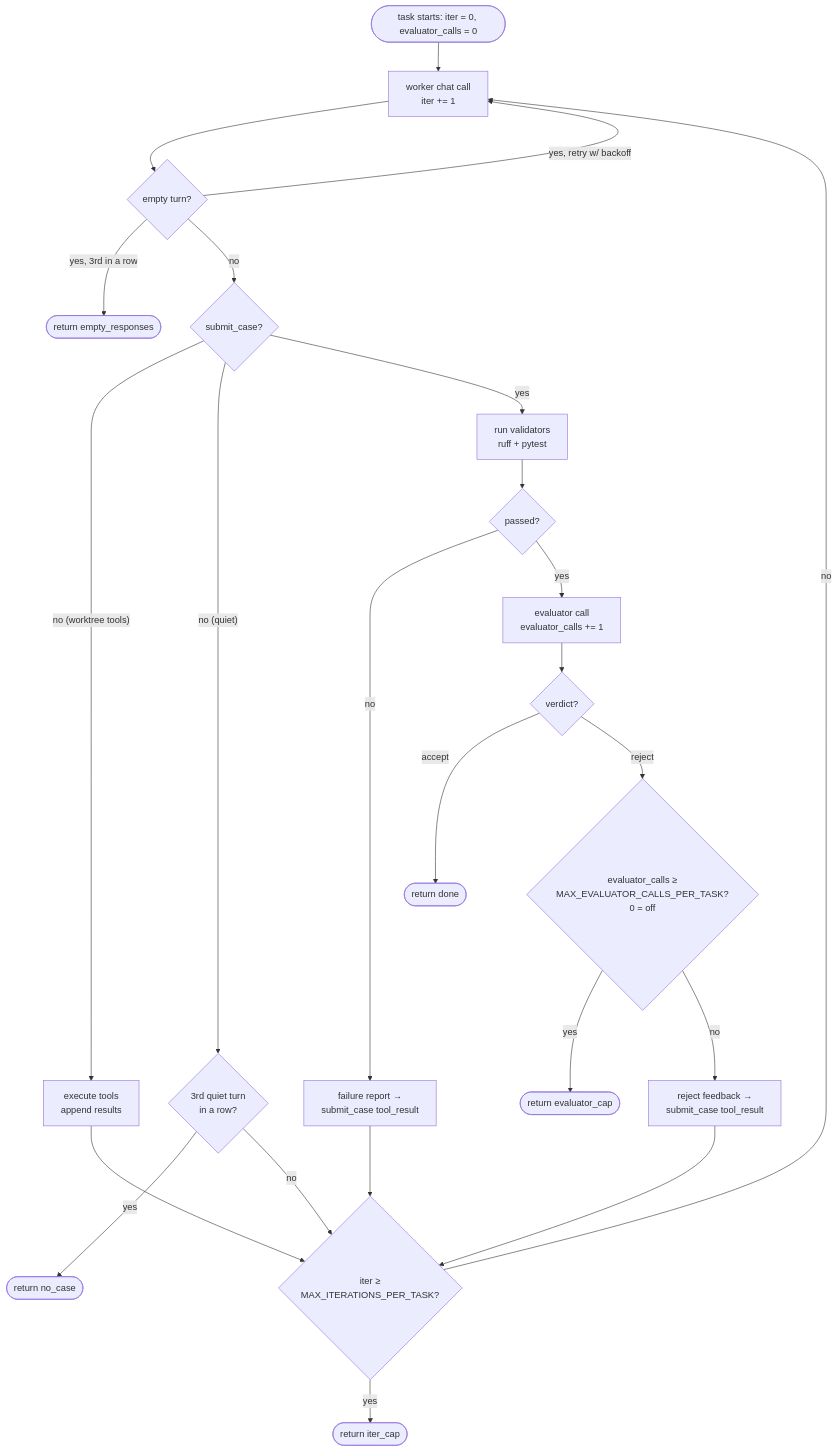
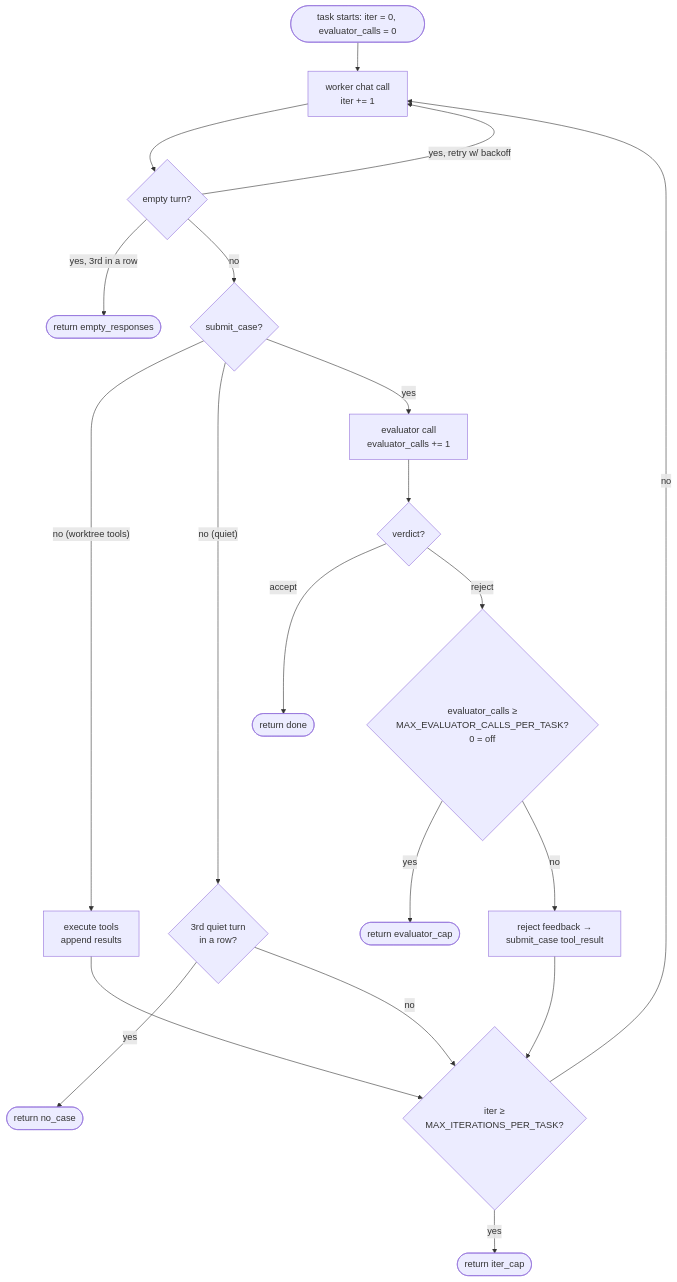
Before and after one commit to AlteredCraft/tilth: the diagram in docs/deep-dives/two-loops.md, drawn with Mermaid. The commit also changed other lines of this file and 23 other files, not shown here.

````diff
--- a/docs/deep-dives/two-loops.md
+++ b/docs/deep-dives/two-loops.md
@@ -72,26 +67,22 @@
 ```mermaid
 flowchart TD
   start([task starts: iter = 0, evaluator_calls = 0]) --> chat[worker chat call<br/>iter += 1]
   chat --> empty{empty turn?}
   empty -- yes, 3rd in a row --> efail([return empty_responses])
   empty -- yes, retry w/ backoff --> chat
   empty -- no --> kind{submit_case?}
   kind -- "no (worktree tools)" --> exec[execute tools<br/>append results]
   exec --> capcheck
   kind -- "no (quiet)" --> nudge{3rd quiet turn<br/>in a row?}
   nudge -- yes --> nofail([return no_case])
   nudge -- no --> capcheck
-  kind -- yes --> validators[run validators<br/>ruff + pytest]
-  validators --> vpass{passed?}
-  vpass -- no --> vfb[failure report →<br/>submit_case tool_result]
-  vfb --> capcheck
-  vpass -- yes --> evaluator[evaluator call<br/>evaluator_calls += 1]
+  kind -- yes --> evaluator[evaluator call<br/>evaluator_calls += 1]
   evaluator --> verdict{verdict?}
   verdict -- accept --> done([return done])
   verdict -- reject --> jcap{evaluator_calls ≥<br/>MAX_EVALUATOR_CALLS_PER_TASK?<br/>0 = off}
   jcap -- yes --> jfail([return evaluator_cap])
   jcap -- no --> jfb[reject feedback →<br/>submit_case tool_result]
   jfb --> capcheck{iter ≥<br/>MAX_ITERATIONS_PER_TASK?}
   capcheck -- no --> chat
   capcheck -- yes --> ifail([return iter_cap])
 ```
````
